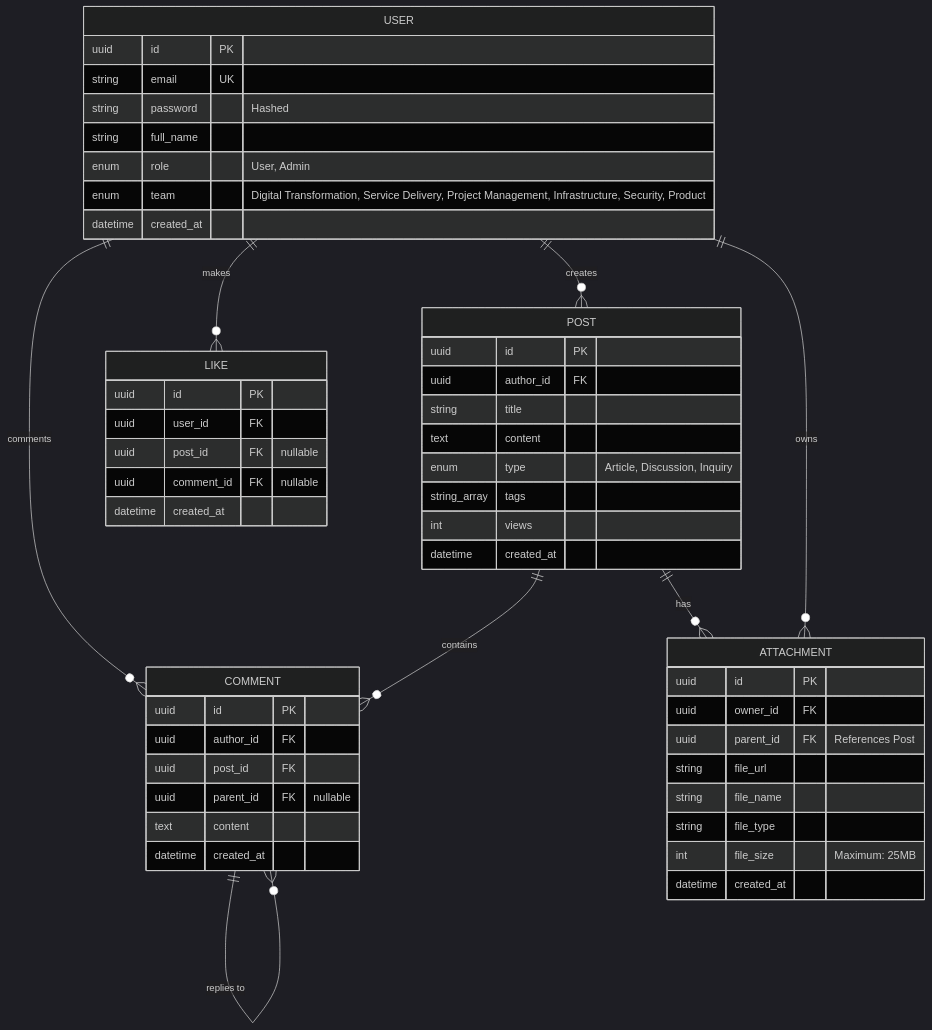
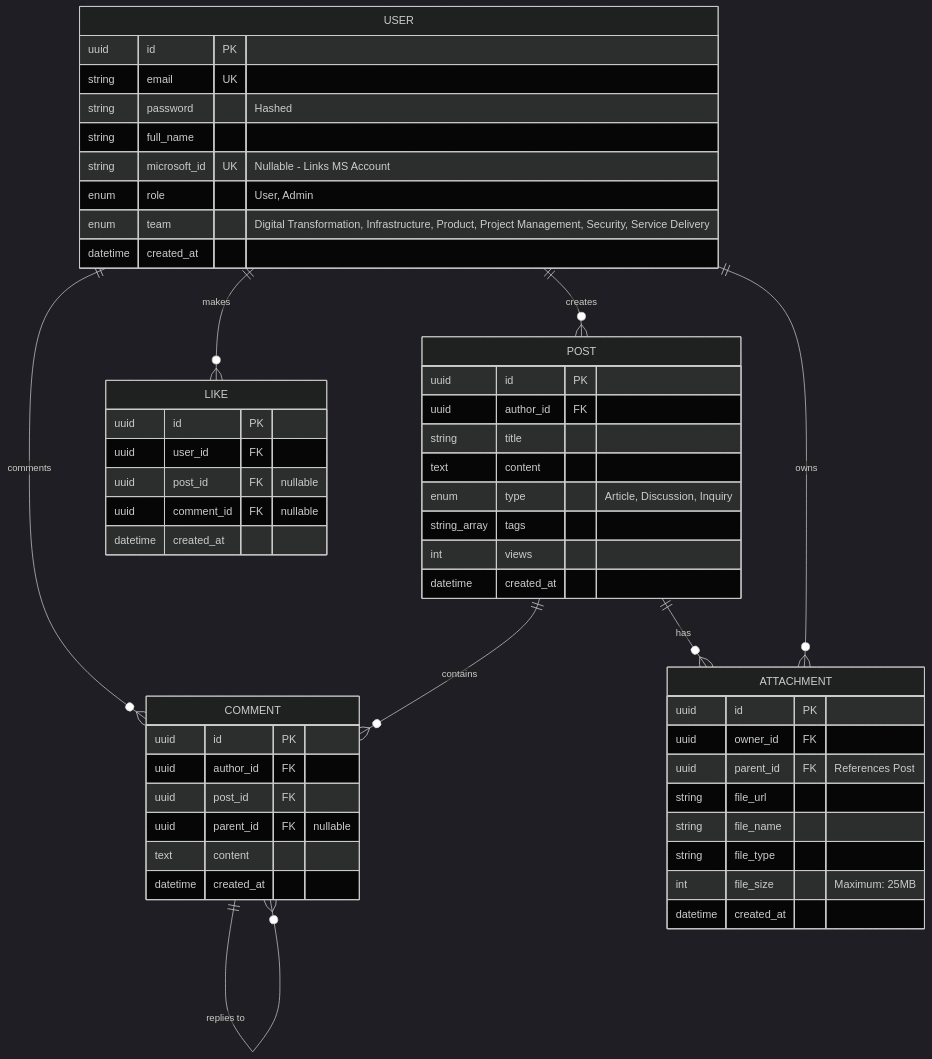
One commit to maruvici/info-hub changed the diagram in docs/entity-relationship.md. Above: the diagram before and after it, drawn with Mermaid (dark theme). The commit also changed 8 other files, not shown here.

````diff
--- a/docs/entity-relationship.md
+++ b/docs/entity-relationship.md
@@ -1,61 +1,62 @@
 ```mermaid
 erDiagram
     USER ||--o{ POST : "creates"
     USER ||--o{ COMMENT : "comments"
     USER ||--o{ LIKE : "makes"
     
     POST ||--o{ COMMENT : "contains"
     POST ||--o{ ATTACHMENT : "has"
     USER ||--o{ ATTACHMENT : "owns"
     
     COMMENT ||--o{ COMMENT : "replies to"
     
     USER {
         uuid id PK
         string email UK
         string password "Hashed"
         string full_name
+        string microsoft_id UK "Nullable - Links MS Account"
         enum role "User, Admin"
-        enum team "Digital Transformation, Service Delivery, Project Management, Infrastructure, Security, Product"
+        enum team "Digital Transformation, Infrastructure, Product, Project Management, Security, Service Delivery"
         datetime created_at
     }
 
     POST {
         uuid id PK
         uuid author_id FK
         string title
         text content
         enum type "Article, Discussion, Inquiry"
         string_array tags
         int views
         datetime created_at
     }
 
     COMMENT {
         uuid id PK
         uuid author_id FK
         uuid post_id FK
         uuid parent_id FK "nullable"
         text content
         datetime created_at
     }
 
     LIKE {
         uuid id PK
         uuid user_id FK
         uuid post_id FK "nullable"
         uuid comment_id FK "nullable"
         datetime created_at
     }
 
     ATTACHMENT {
         uuid id PK
         uuid owner_id FK
         uuid parent_id FK "References Post"
         string file_url
         string file_name
         string file_type
         int file_size "Maximum: 25MB"
         datetime created_at
     }
 ```
````
